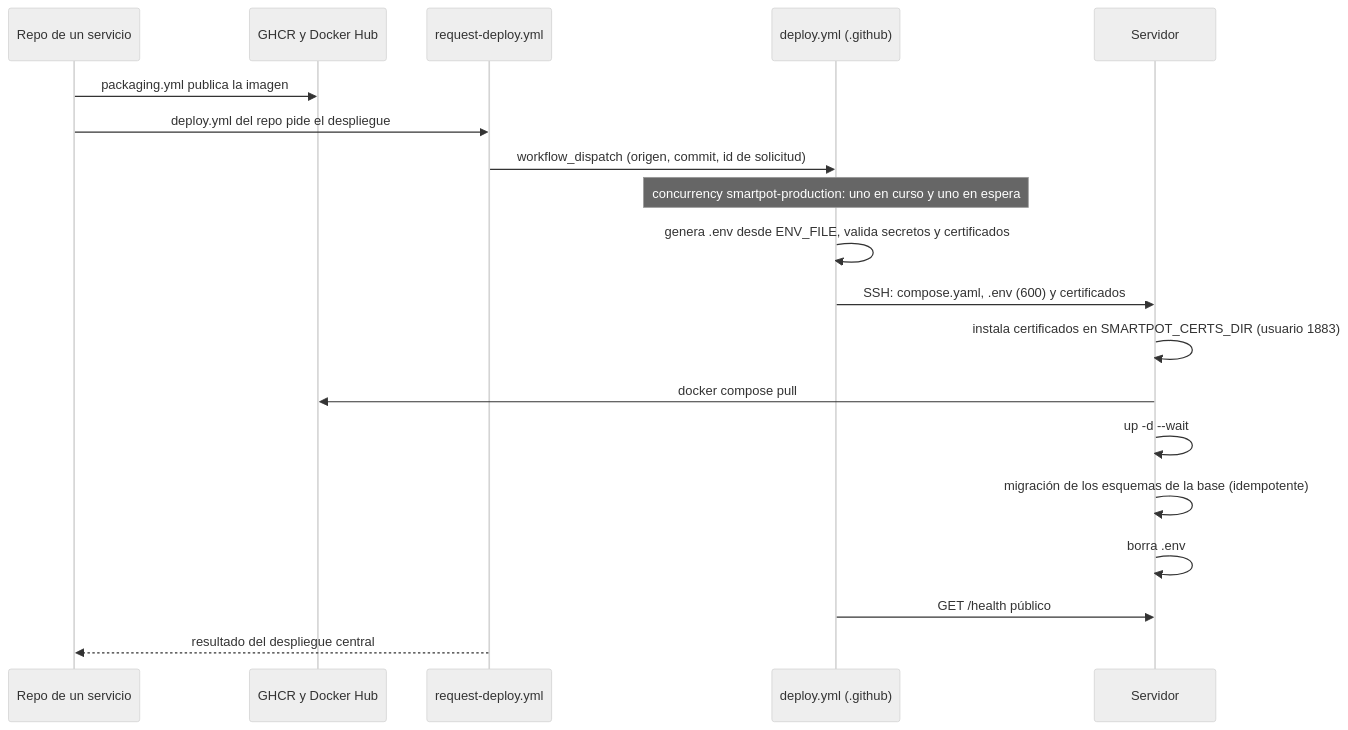
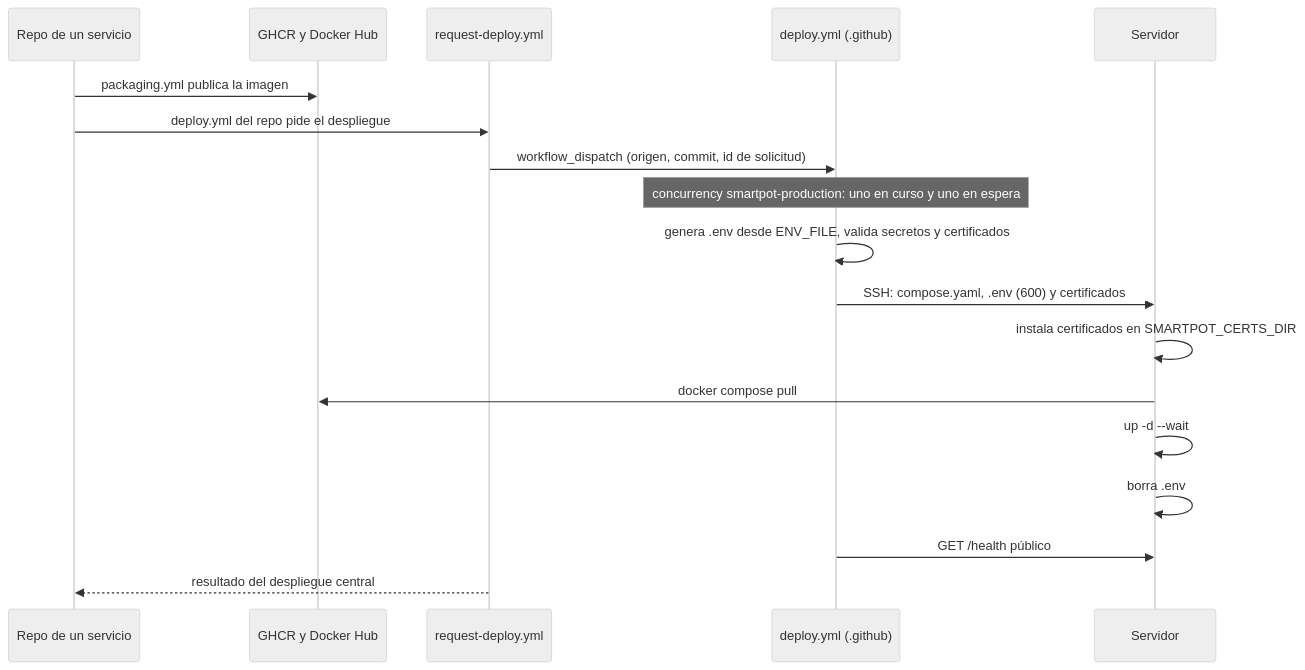
Before and after one commit to SmartPotTech/.github: the second of 2 diagrams in docker/production/README.md, drawn with Mermaid (neutral theme). The commit also changed other lines of this file and 21 other files, not shown here.

Commit message:
Update platform documentation and architecture diagrams for production Stack B [skip deploy] #no-deploy

````diff
--- a/docker/production/README.md
+++ b/docker/production/README.md
@@ -84,21 +88,20 @@
 ```mermaid
 sequenceDiagram
   participant R as Repo de un servicio
   participant G as GHCR y Docker Hub
   participant Q as request-deploy.yml
   participant D as deploy.yml (.github)
   participant S as Servidor
   R->>G: packaging.yml publica la imagen
   R->>Q: deploy.yml del repo pide el despliegue
   Q->>D: workflow_dispatch (origen, commit, id de solicitud)
   Note over D: concurrency smartpot-production: uno en curso y uno en espera
   D->>D: genera .env desde ENV_FILE, valida secretos y certificados
   D->>S: SSH: compose.yaml, .env (600) y certificados
-  S->>S: instala certificados en SMARTPOT_CERTS_DIR (usuario 1883)
+  S->>S: instala certificados en SMARTPOT_CERTS_DIR
   S->>G: docker compose pull
   S->>S: up -d --wait
-  S->>S: migración de los esquemas de la base (idempotente)
   S->>S: borra .env
   D->>S: GET /health público
   Q-->>R: resultado del despliegue central
 ```
````
